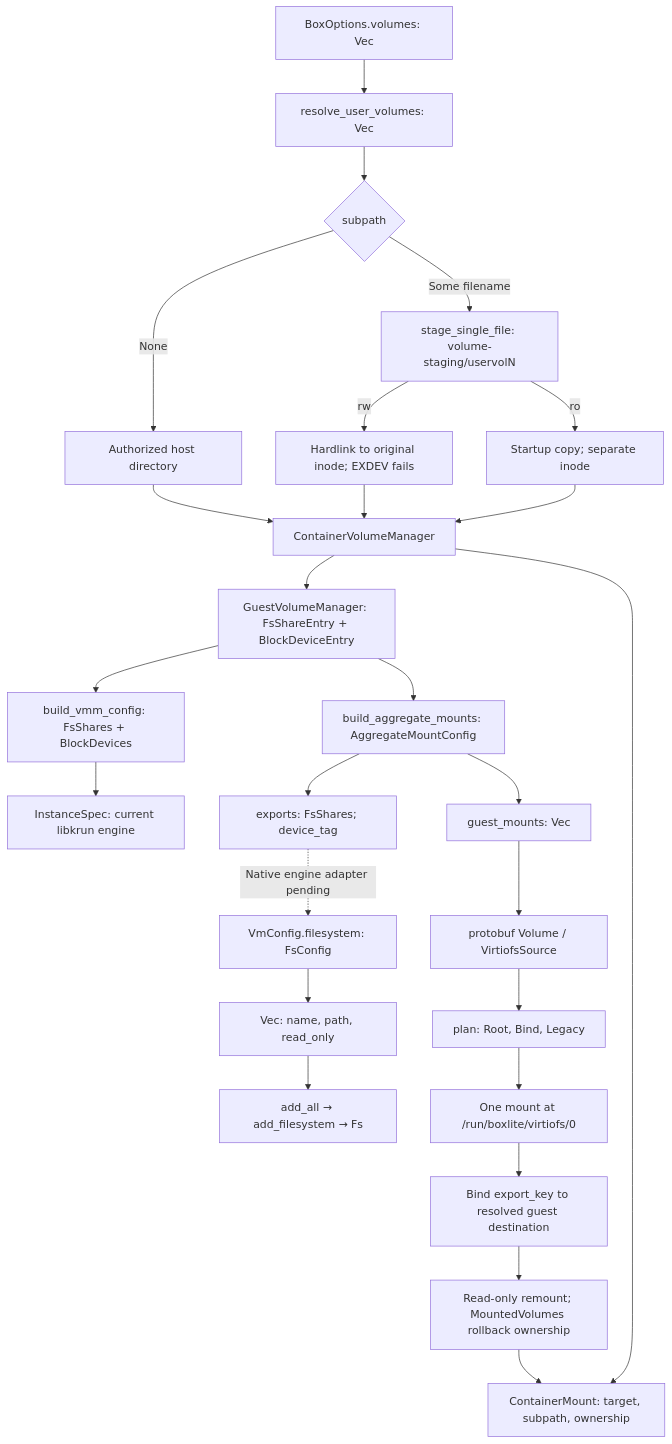
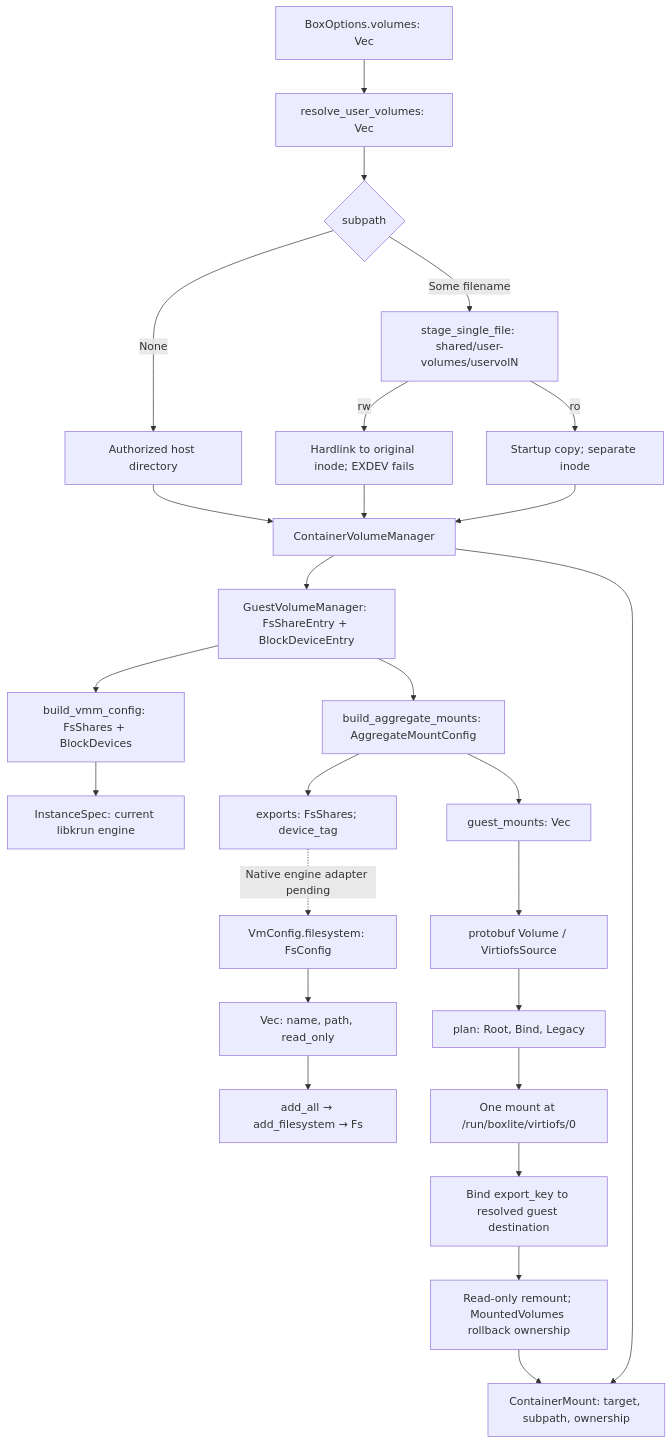
The first of 5 diagrams in docs/contributing/architecture/vmm/virtio-fs.md (boxlite-ai/boxlite), drawn with Mermaid before and after one commit. The commit also changed other lines of this file and 18 other files, not shown here.

````diff
--- a/docs/contributing/architecture/vmm/virtio-fs.md
+++ b/docs/contributing/architecture/vmm/virtio-fs.md
@@ -7,28 +7,28 @@
 ```mermaid
 flowchart TD
     A["BoxOptions.volumes: Vec<VolumeSpec>"] --> B["resolve_user_volumes: Vec<ResolvedVolume>"]
     B --> C{"subpath"}
     C -->|None| D["Authorized host directory"]
-    C -->|Some filename| E["stage_single_file: volume-staging/uservolN"]
+    C -->|Some filename| E["stage_single_file: shared/user-volumes/uservolN"]
     E -->|rw| F["Hardlink to original inode; EXDEV fails"]
     E -->|ro| G["Startup copy; separate inode"]
     D --> H["ContainerVolumeManager"]
     F --> H
     G --> H
     H --> I["GuestVolumeManager: FsShareEntry + BlockDeviceEntry"]
     H --> J["ContainerMount: target, subpath, ownership"]
     I --> K["build_vmm_config: FsShares + BlockDevices"]
     K --> L["InstanceSpec: current libkrun engine"]
     I --> M["build_aggregate_mounts: AggregateMountConfig"]
     M --> N["exports: FsShares; device_tag"]
     M --> O["guest_mounts: Vec<VolumeConfig>"]
     N -. "Native engine adapter pending" .-> P["VmConfig.filesystem: FsConfig"]
     P --> Q["Vec<FsShareConfig>: name, path, read_only"]
     Q --> R["add_all → add_filesystem → Fs"]
     O --> S["protobuf Volume / VirtiofsSource"]
     S --> T["plan: Root, Bind, Legacy"]
     T --> U["One mount at /run/boxlite/virtiofs/0"]
     U --> V["Bind export_key to resolved guest destination"]
     V --> W["Read-only remount; MountedVolumes rollback ownership"]
     W --> J
 ```
````
